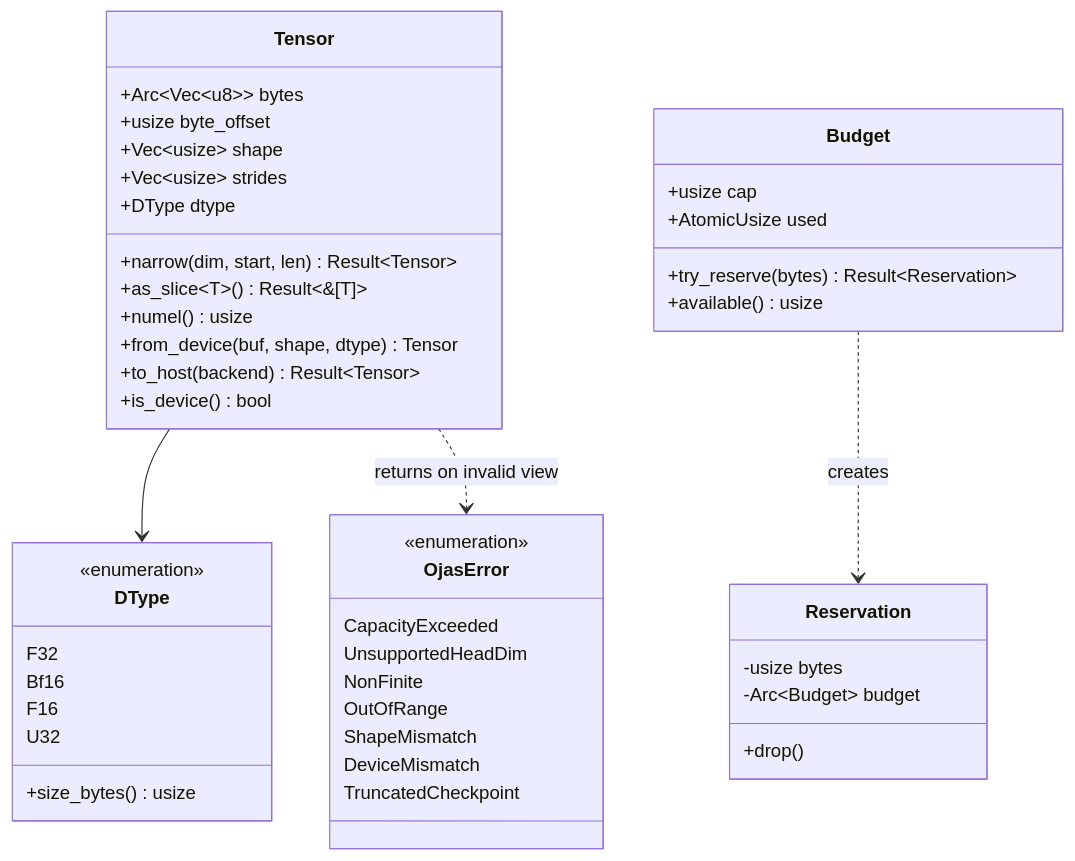
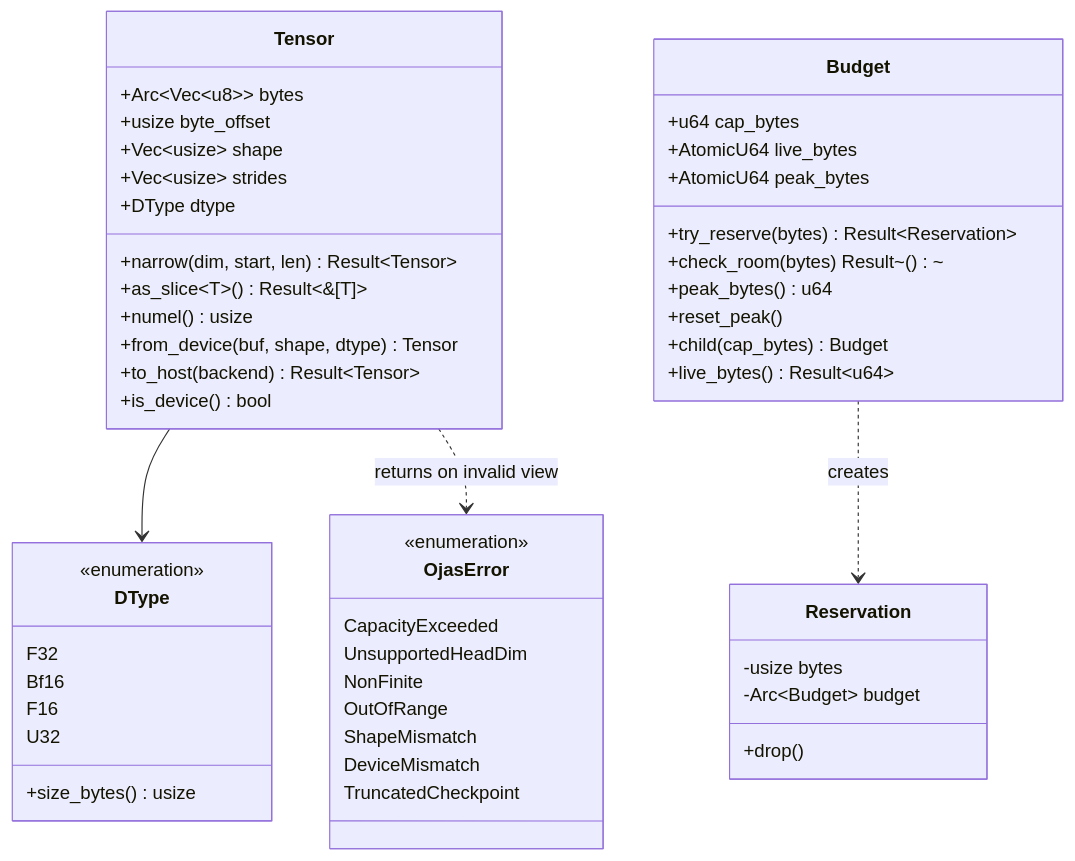
The first of 4 diagrams in ojas-core/README.md (bharathvbcr/ojas), drawn with Mermaid before and after one commit. The commit also changed other lines of this file and 93 other files, not shown here.

````diff
--- a/ojas-core/README.md
+++ b/ojas-core/README.md
@@ -11,53 +11,58 @@
 ```mermaid
 classDiagram
     class Tensor {
         +Arc~Vec~u8~~ bytes
         +usize byte_offset
         +Vec~usize~ shape
         +Vec~usize~ strides
         +DType dtype
         +narrow(dim, start, len) Result~Tensor~
         +as_slice~T~() Result~&[T]~
         +numel() usize
         +from_device(buf, shape, dtype) Tensor
         +to_host(backend) Result~Tensor~
         +is_device() bool
     }
 
     class Budget {
-        +usize cap
-        +AtomicUsize used
+        +u64 cap_bytes
+        +AtomicU64 live_bytes
+        +AtomicU64 peak_bytes
         +try_reserve(bytes) Result~Reservation~
-        +available() usize
+        +check_room(bytes) Result~()~
+        +peak_bytes() u64
+        +reset_peak()
+        +child(cap_bytes) Budget
+        +live_bytes() Result~u64~
     }
 
     class Reservation {
         -usize bytes
         -Arc~Budget~ budget
         +drop()
     }
 
     class DType {
         <<enumeration>>
         F32
         Bf16
         F16
         U32
         +size_bytes() usize
     }
 
     class OjasError {
         <<enumeration>>
         CapacityExceeded
         UnsupportedHeadDim
         NonFinite
         OutOfRange
         ShapeMismatch
         DeviceMismatch
         TruncatedCheckpoint
     }
 
     Tensor --> DType
     Budget ..> Reservation : creates
     Tensor ..> OjasError : returns on invalid view
 ```
````
